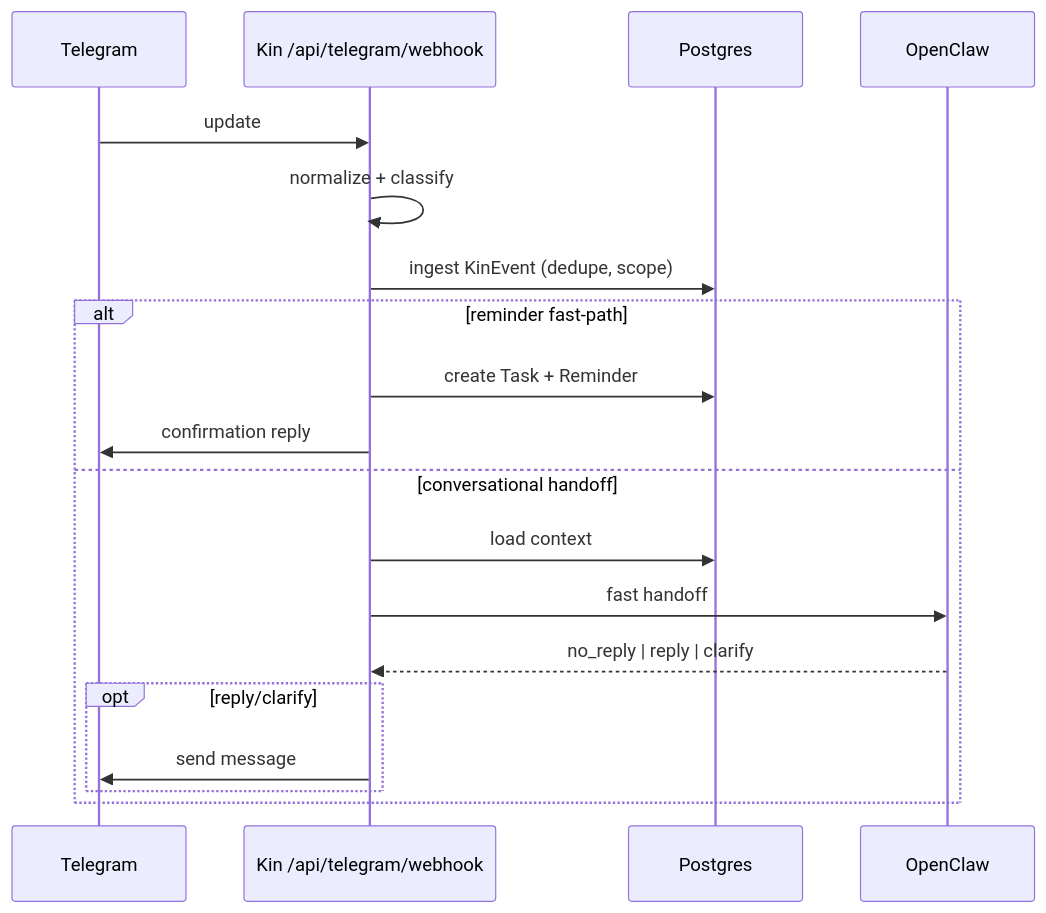
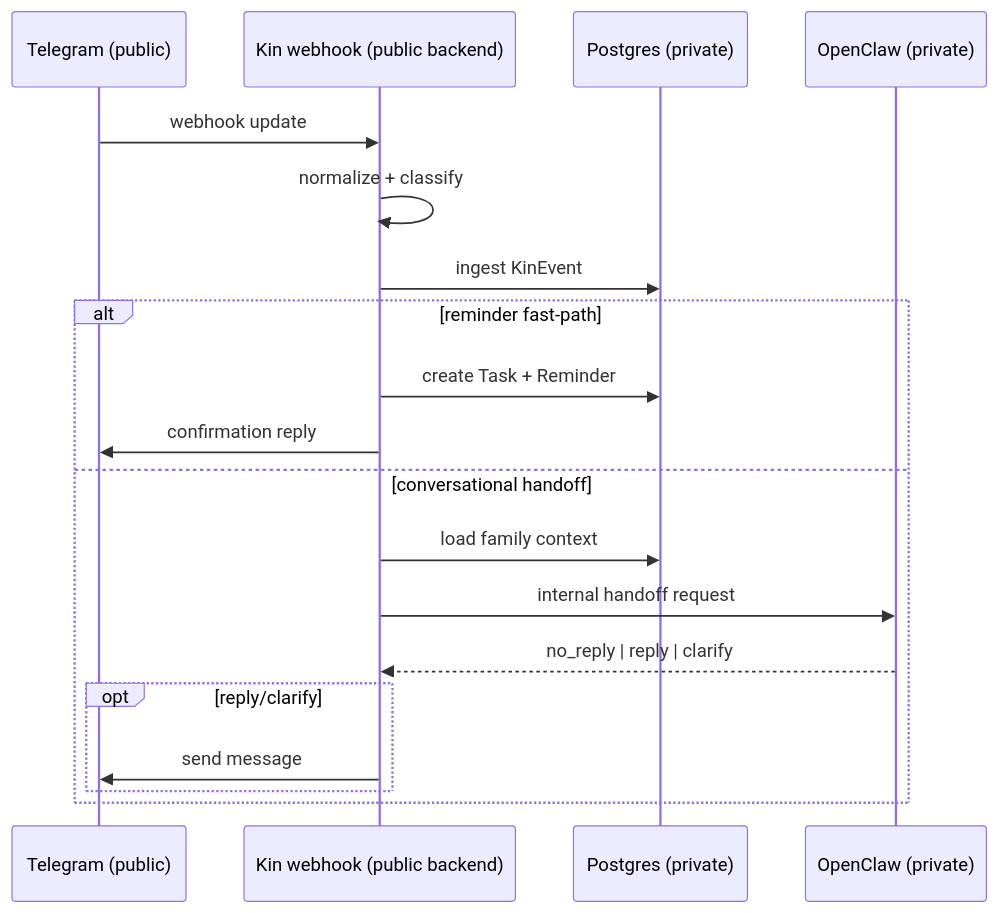
The third of 4 diagrams in README.md (danieljcheung/kin), drawn with Mermaid before and after one commit. The commit also changed other lines of this file, not shown here.

````diff
--- a/README.md
+++ b/README.md
@@ -68,22 +128,22 @@
 ```mermaid
 sequenceDiagram
-  participant T as Telegram
-  participant K as Kin /api/telegram/webhook
-  participant P as Postgres
-  participant O as OpenClaw
+  participant T as Telegram (public)
+  participant K as Kin webhook (public backend)
+  participant P as Postgres (private)
+  participant O as OpenClaw (private)
 
-  T->>K: update
+  T->>K: webhook update
   K->>K: normalize + classify
-  K->>P: ingest KinEvent (dedupe, scope)
+  K->>P: ingest KinEvent
   alt reminder fast-path
     K->>P: create Task + Reminder
     K->>T: confirmation reply
   else conversational handoff
-    K->>P: load context
-    K->>O: fast handoff
+    K->>P: load family context
+    K->>O: internal handoff request
     O-->>K: no_reply | reply | clarify
     opt reply/clarify
       K->>T: send message
     end
   end
 ```
````
